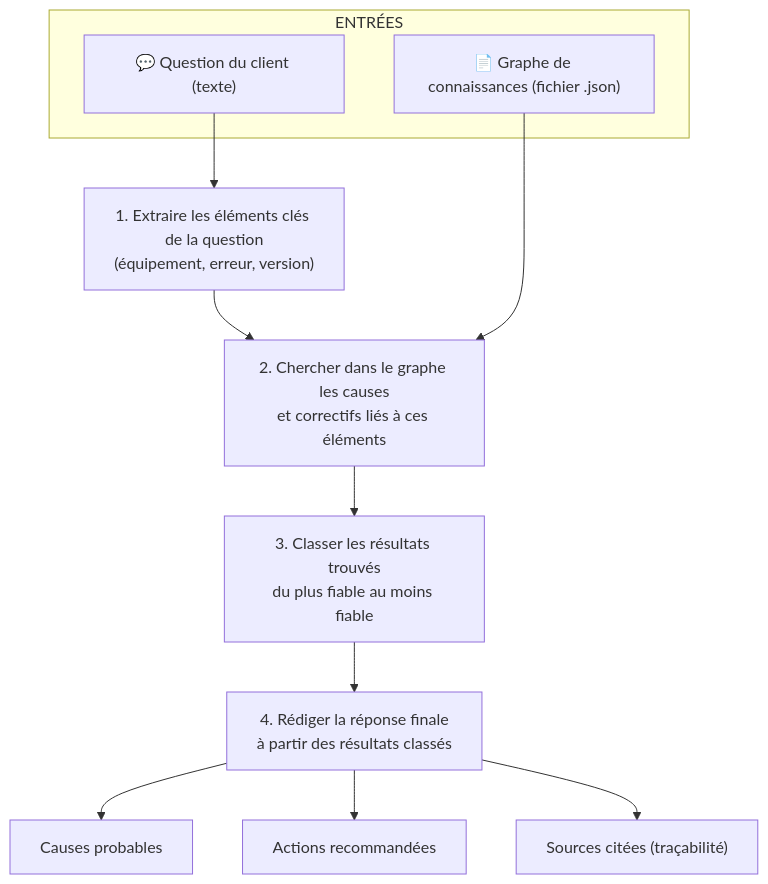
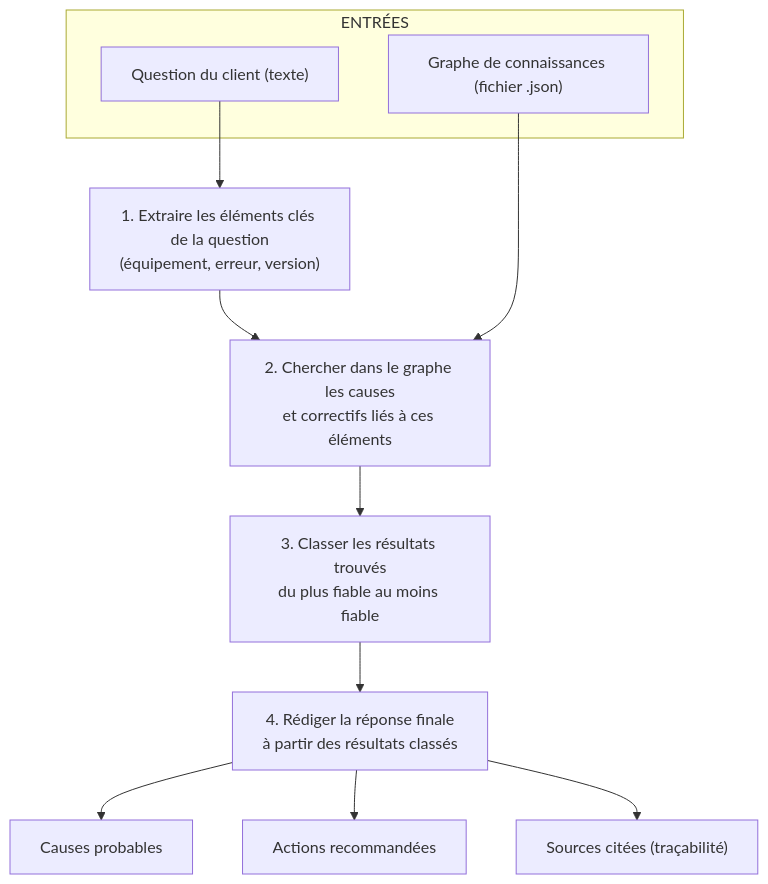
Before and after one commit to LucryChoumel/Assistant-support-technique-explicable-base-sur-GraphRAG: the diagram in README.md, drawn with Mermaid. The commit also changed other lines of this file and 8 other files, not shown here.

````diff
--- a/README.md
+++ b/README.md
@@ -51,17 +51,17 @@
 ```mermaid
 flowchart TD
     subgraph ENTREES["ENTRÉES"]
-        IN1["💬 Question du client (texte)"]
-        IN2["📄 Graphe de connaissances (fichier .json)"]
+        IN1[" Question du client (texte)"]
+        IN2[" Graphe de connaissances (fichier .json)"]
     end
 
     IN1 --> P1["1. Extraire les éléments clés de la question<br/>(équipement, erreur, version)"]
     P1 --> P2["2. Chercher dans le graphe les causes<br/>et correctifs liés à ces éléments"]
     IN2 --> P2
     P2 --> P3["3. Classer les résultats trouvés<br/>du plus fiable au moins fiable"]
     P3 --> P4["4. Rédiger la réponse finale<br/>à partir des résultats classés"]
 
     P4 --> OUT1["Causes probables"]
     P4 --> OUT2["Actions recommandées"]
     P4 --> OUT3["Sources citées (traçabilité)"]
 ```
````
